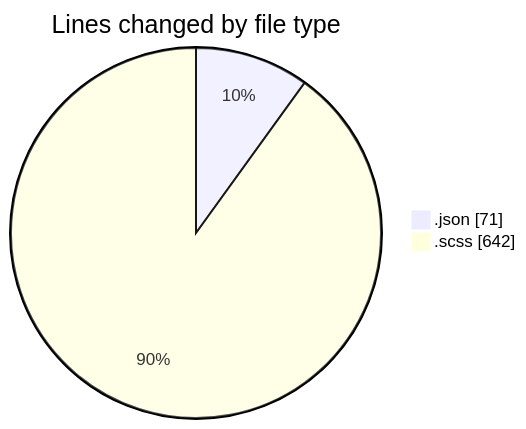
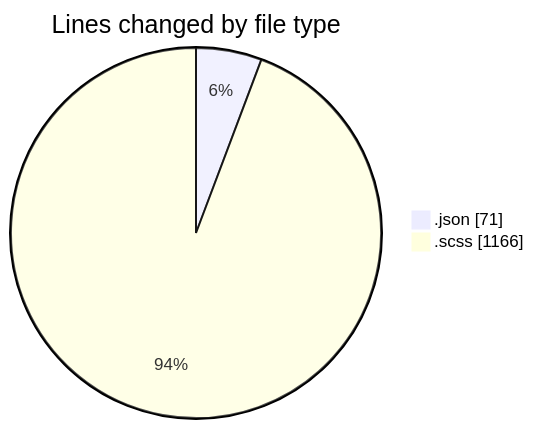
Before and after one commit to momahboobian/code-tracking: the first of 2 diagrams in 2026-01-22/cda/README.md, drawn with Mermaid. The commit also changed other lines of this file and 1 other file, not shown here.

````diff
--- a/2026-01-22/cda/README.md
+++ b/2026-01-22/cda/README.md
@@ -24,6 +26,6 @@
 ```mermaid
 pie showData
 title Lines changed by file type
 ".json" : 71
-".scss" : 642
+".scss" : 1166
 ```
````
